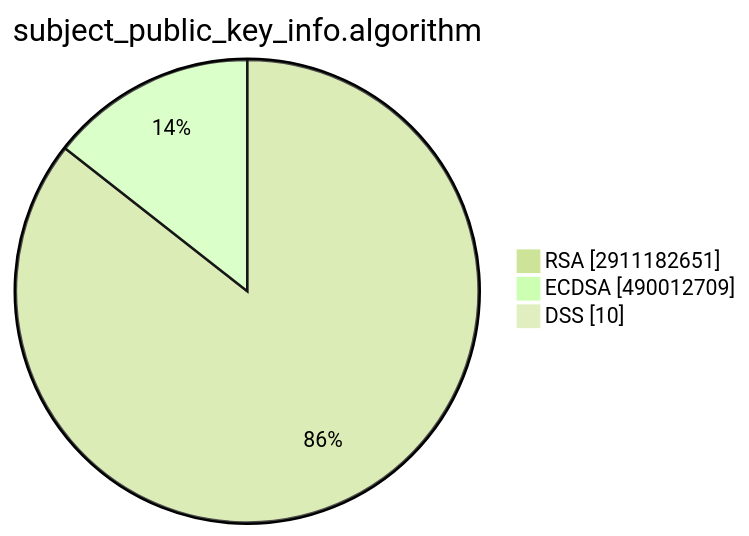
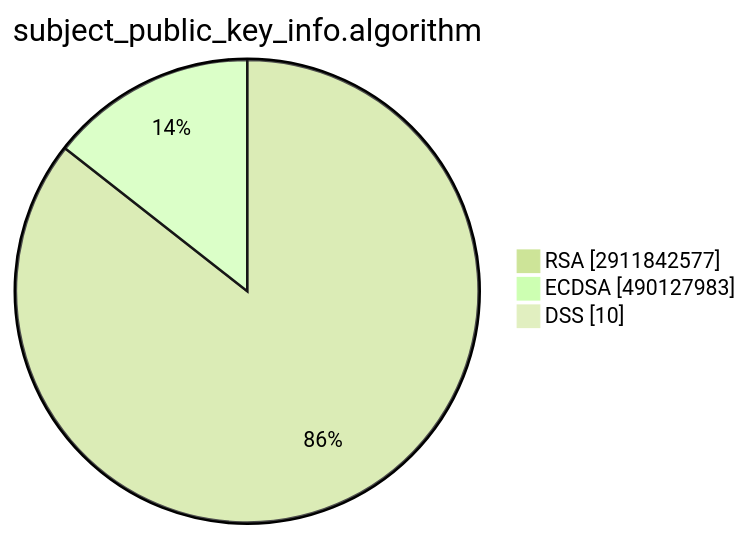
The second of 15 diagrams in TOTAL/README.md (christiankrug/ctmonitor_visualization), drawn with Mermaid (forest theme) before and after one commit. The commit also changed other lines of this file, not shown here.

````diff
--- a/TOTAL/README.md
+++ b/TOTAL/README.md
@@ -6,7 +6,7 @@
 ```mermaid
 pie showData
 title subject_public_key_info.algorithm
-"RSA" :2911182651
-"ECDSA" :490012709
+"RSA" :2911842577
+"ECDSA" :490127983
 "DSS" :10
 ```
````
